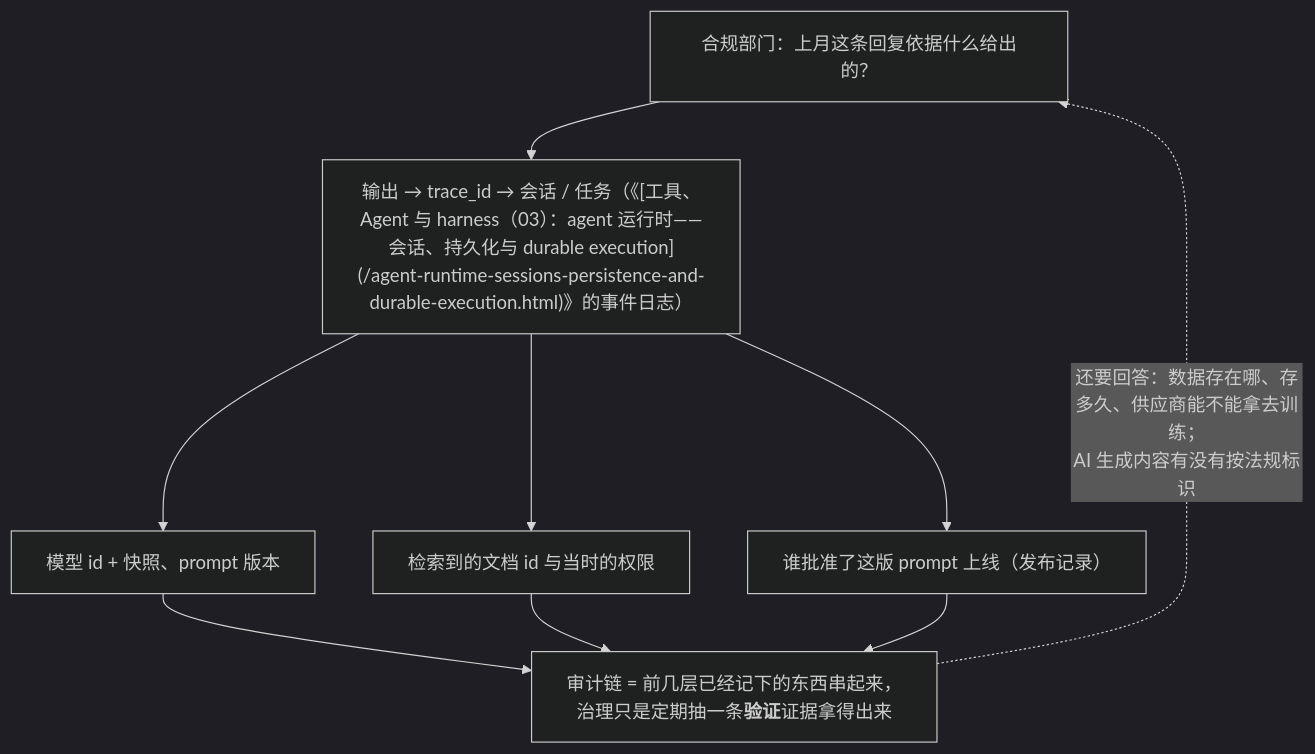
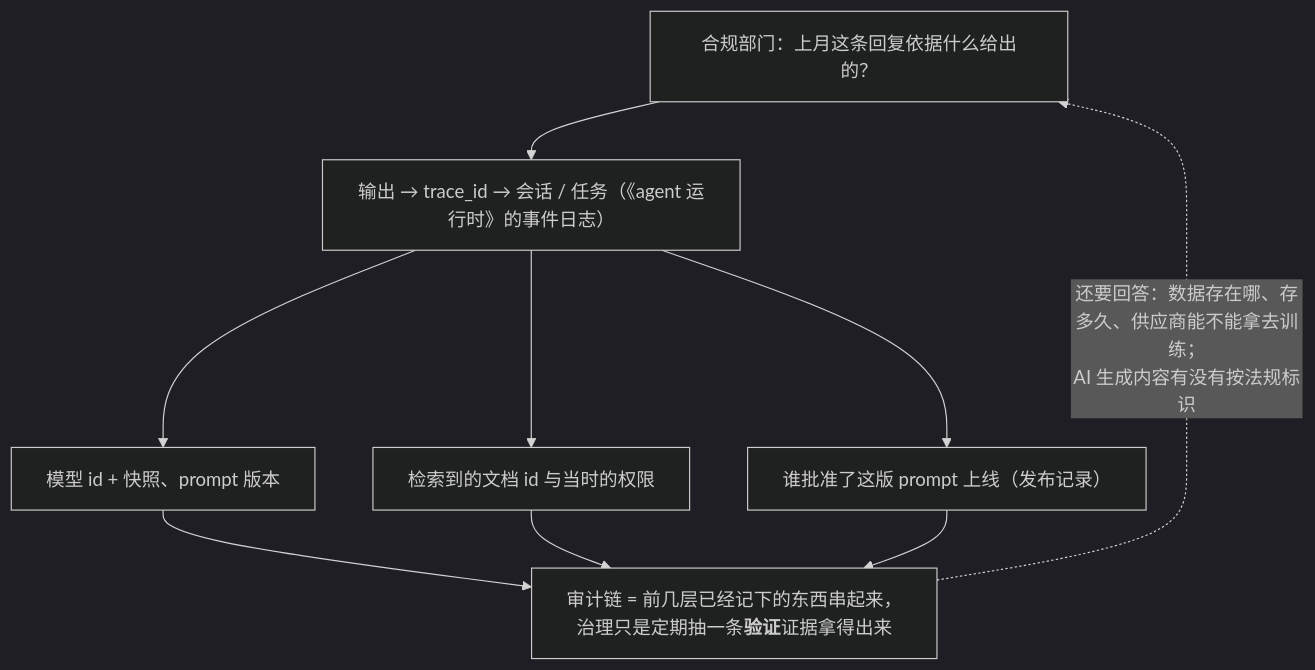
Before and after one commit to arganzheng/arganzheng.github.com: the first of 5 diagrams in _posts/2026-11-12-governance-and-compliance-audit-retention-ai-act-and-labeling.md, drawn with Mermaid (dark theme). The commit also changed other lines of this file and 55 other files, not shown here.

First line of the commit message:
坐标 261 处改成文章标题，修 Mermaid 标签里显示源码的 bug

````diff
--- a/_posts/2026-11-12-governance-and-compliance-audit-retention-ai-act-and-labeling.md
+++ b/_posts/2026-11-12-governance-and-compliance-audit-retention-ai-act-and-labeling.md
@@ -22,12 +22,12 @@
 ```mermaid
 %%{init: {"flowchart": {"wrappingWidth": 300}}}%%
 %% 图：审计链：一条输出能追到模型快照、prompt 版本、检索文档与审批记录
 flowchart TB
-    Q["合规部门：上月这条回复依据什么给出的？"] --> O["输出 → trace_id → 会话 / 任务（《[工具、Agent 与 harness（03）：agent 运行时——会话、持久化与 durable execution](/agent-runtime-sessions-persistence-and-durable-execution.html)》的事件日志）"]
+    Q["合规部门：上月这条回复依据什么给出的？"] --> O["输出 → trace_id → 会话 / 任务（《agent 运行时》的事件日志）"]
     O --> M["模型 id + 快照、prompt 版本"]
     O --> R["检索到的文档 id 与当时的权限"]
     O --> A["谁批准了这版 prompt 上线（发布记录）"]
     M & R & A --> E["审计链 = 前几层已经记下的东西串起来，<br/>治理只是定期抽一条<b>验证</b>证据拿得出来"]
     E -. "还要回答：数据存在哪、存多久、供应商能不能拿去训练；<br/>AI 生成内容有没有按法规标识" .-> Q
 
 ```
````
